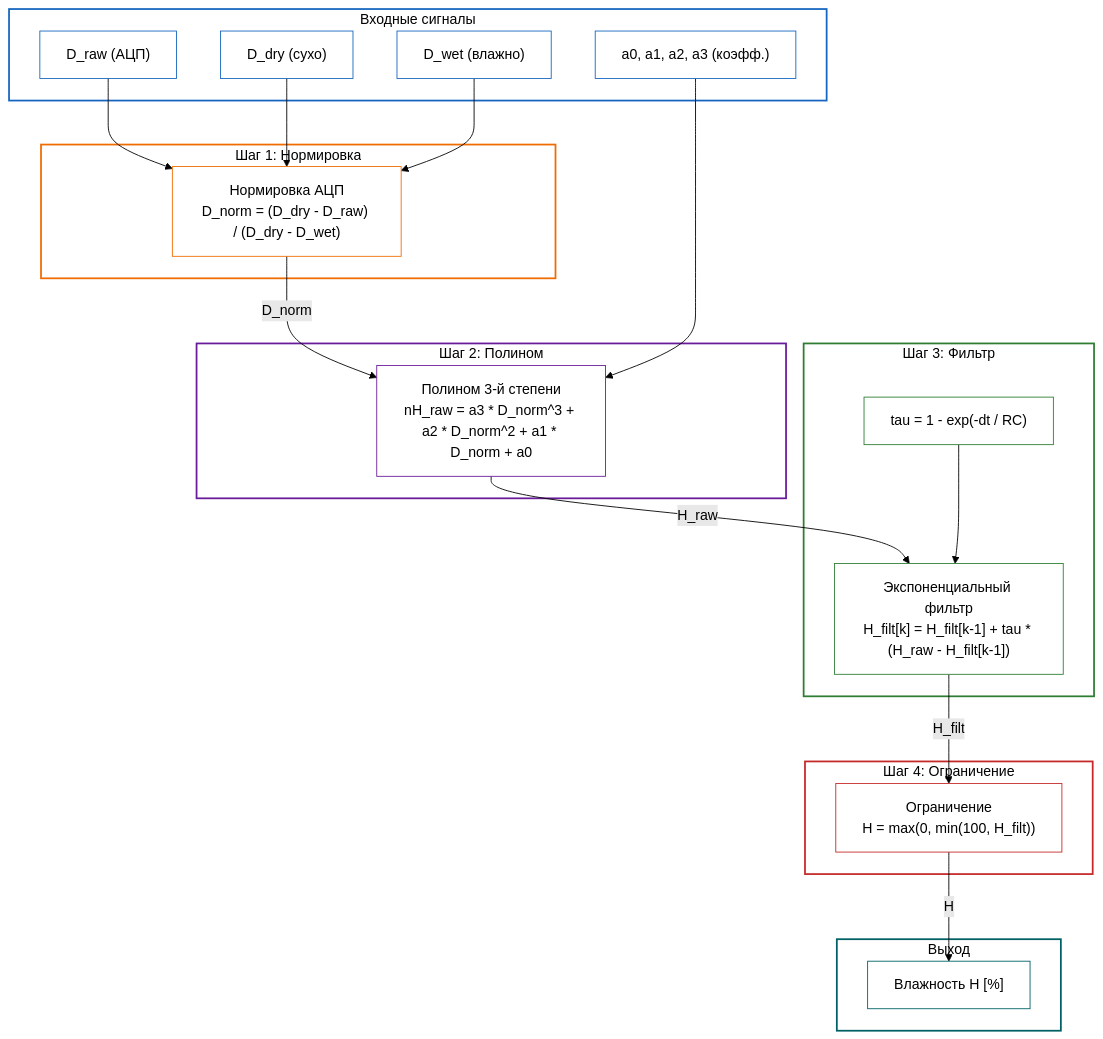
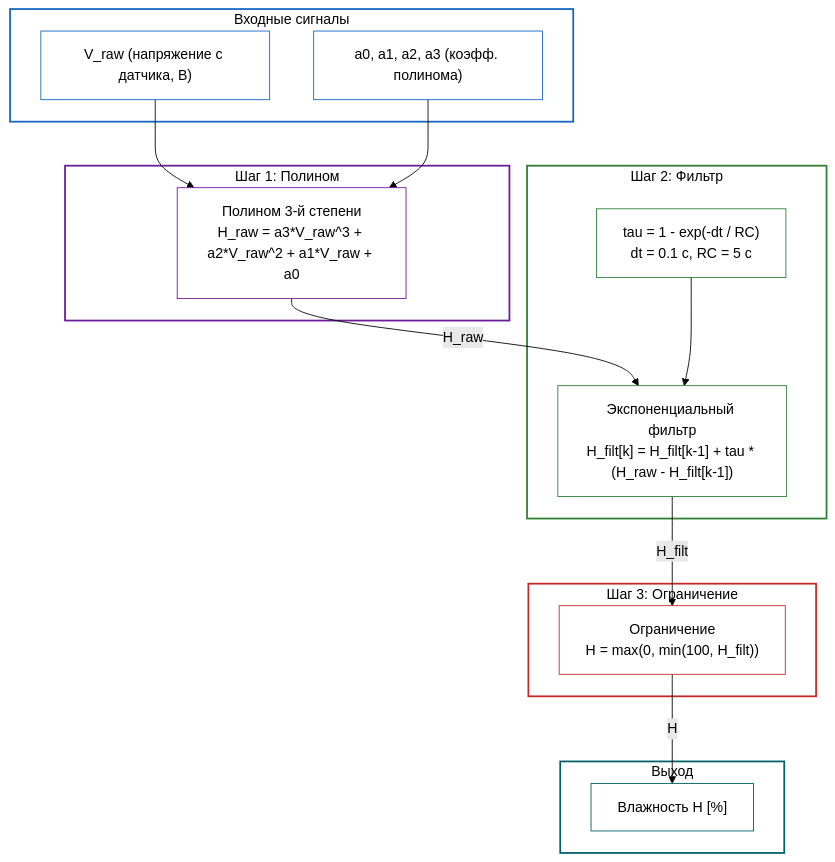
One commit to SergeyTrushnikov/LABORATORNIE changed the diagram in kursach.adoc. Above: the diagram before and after it, drawn with Mermaid (forest theme). The commit also changed other lines of this file, not shown here.

```diff
--- a/kursach.adoc
+++ b/kursach.adoc
@@ -607,64 +594,51 @@
 [mermaid]
 ....
 flowchart TB
     subgraph Inputs["Входные сигналы"]
-        D_raw["D_raw (АЦП)"]
-        D_dry["D_dry (сухо)"]
-        D_wet["D_wet (влажно)"]
-        Coeff["a0, a1, a2, a3 (коэфф.)"]
+        V_raw["V_raw (напряжение с датчика, В)"]
+        Coeff["a0, a1, a2, a3 (коэфф. полинома)"]
     end
 
-    subgraph Step1["Шаг 1: Нормировка"]
-        Norm["Нормировка АЦП
-D_norm = (D_dry - D_raw) / (D_dry - D_wet)"]
+    subgraph Step1["Шаг 1: Полином"]
+        Poly["Полином 3-й степени
+H_raw = a3*V_raw^3 + a2*V_raw^2 + a1*V_raw + a0"]
     end
 
-    subgraph Step2["Шаг 2: Полином"]
-        Poly["Полином 3-й степени
-nH_raw = a3 * D_norm^3 + a2 * D_norm^2 + a1 * D_norm + a0"]
-    end
-
-    subgraph Step3["Шаг 3: Фильтр"]
-        Tau["tau = 1 - exp(-dt / RC)"]
+    subgraph Step2["Шаг 2: Фильтр"]
+        Tau["tau = 1 - exp(-dt / RC)
+dt = 0.1 с, RC = 5 с"]
         Filter["Экспоненциальный фильтр
 H_filt[k] = H_filt[k-1] + tau * (H_raw - H_filt[k-1])"]
     end
 
-    subgraph Step4["Шаг 4: Ограничение"]
+    subgraph Step3["Шаг 3: Ограничение"]
         Clip["Ограничение
 H = max(0, min(100, H_filt))"]
     end
 
     subgraph Output["Выход"]
         Result["Влажность H [%]"]
     end
 
-    D_raw --> Norm
-    D_dry --> Norm
-    D_wet --> Norm
-    Norm -->|D_norm| Poly
+    V_raw --> Poly
     Coeff --> Poly
     Poly -->|H_raw| Filter
     Tau --> Filter
     Filter -->|H_filt| Clip
     Clip -->|H| Result
 
     style Inputs fill:#FFFFFF,stroke:#1565C0,stroke-width:2px,color:#000
-    style Step1 fill:#FFFFFF,stroke:#EF6C00,stroke-width:2px,color:#000
-    style Step2 fill:#FFFFFF,stroke:#6A1B9A,stroke-width:2px,color:#000
-    style Step3 fill:#FFFFFF,stroke:#2E7D32,stroke-width:2px,color:#000
-    style Step4 fill:#FFFFFF,stroke:#C62828,stroke-width:2px,color:#000
+    style Step1 fill:#FFFFFF,stroke:#6A1B9A,stroke-width:2px,color:#000
+    style Step2 fill:#FFFFFF,stroke:#2E7D32,stroke-width:2px,color:#000
+    style Step3 fill:#FFFFFF,stroke:#C62828,stroke-width:2px,color:#000
     style Output fill:#FFFFFF,stroke:#006064,stroke-width:2px,color:#000
 
-    style D_raw fill:#FFFFFF,stroke:#1565C0,color:#000
-    style D_dry fill:#FFFFFF,stroke:#1565C0,color:#000
-    style D_wet fill:#FFFFFF,stroke:#1565C0,color:#000
+    style V_raw fill:#FFFFFF,stroke:#1565C0,color:#000
     style Coeff fill:#FFFFFF,stroke:#1565C0,color:#000
     
-    style Norm fill:#FFFFFF,stroke:#EF6C00,color:#000
     style Poly fill:#FFFFFF,stroke:#6A1B9A,color:#000
     style Tau fill:#FFFFFF,stroke:#2E7D32,color:#000
     style Filter fill:#FFFFFF,stroke:#2E7D32,color:#000
     style Clip fill:#FFFFFF,stroke:#C62828,color:#000
     style Result fill:#FFFFFF,stroke:#006064,color:#000
 ....
```
